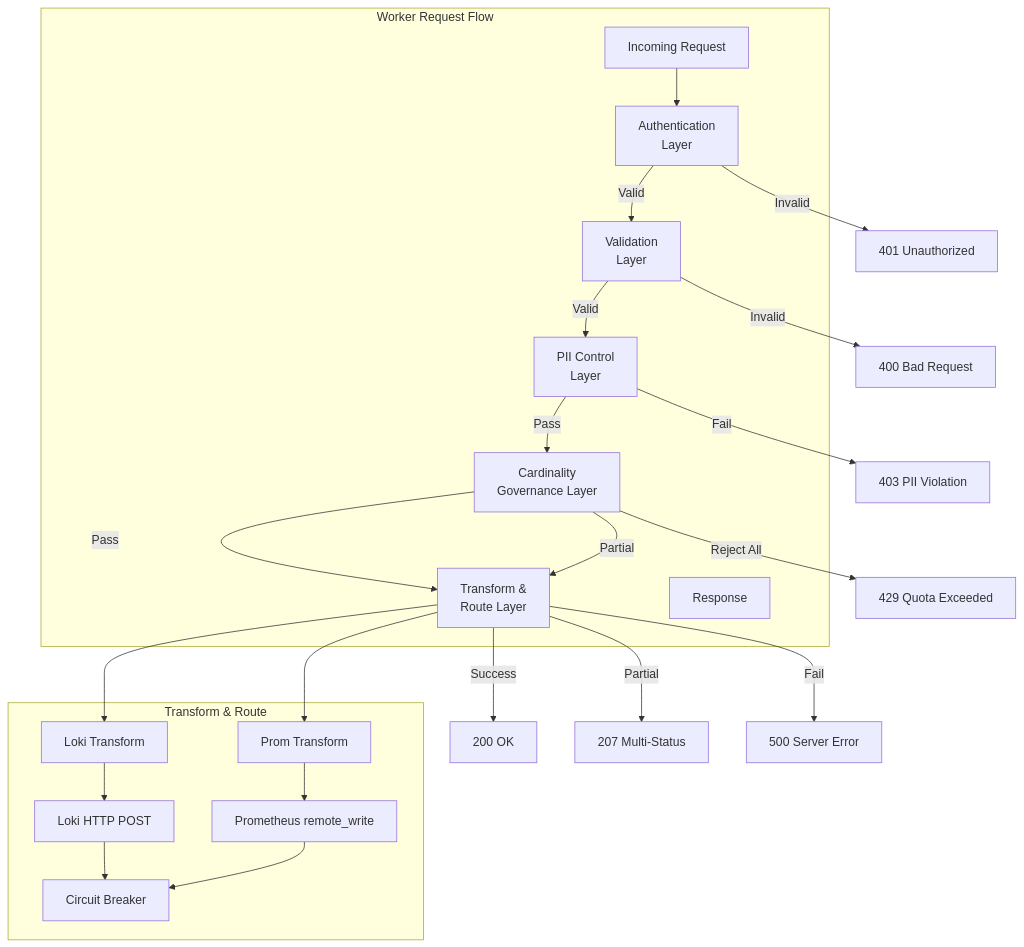
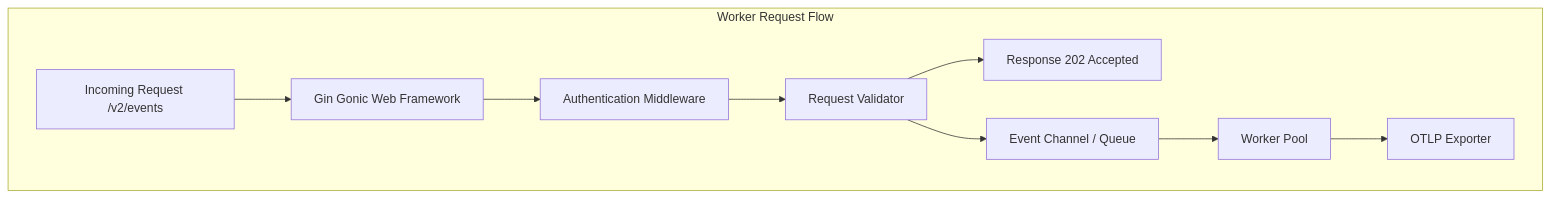
One commit to openqoe/openqoe-dev changed the fourth of 14 diagrams in docs/architecture.md. Above: the diagram before and after it, drawn with Mermaid. The commit also changed other lines of this file and 12 other files, not shown here.

````diff
--- a/docs/architecture.md
+++ b/docs/architecture.md
@@ -222,39 +219,21 @@
 ```mermaid
 graph TB
     subgraph "Worker Request Flow"
-        REQUEST[Incoming Request]
-        AUTH[Authentication<br/>Layer]
-        VALIDATE[Validation<br/>Layer]
-        PII[PII Control<br/>Layer]
-        CARDINALITY[Cardinality<br/>Governance Layer]
-        TRANSFORM[Transform &<br/>Route Layer]
-        RESPONSE[Response]
+        REQUEST[Incoming Request /v2/events]
+        GIN[Gin Gonic Web Framework]
+        AUTH[Authentication Middleware]
+        VALIDATE[Request Validator]
+        CHAN[Event Channel / Queue]
+        POOL[Worker Pool]
+        OTEL[OTLP Exporter]
+        RESPONSE[Response 202 Accepted]
     end
 
-    REQUEST --> AUTH
-    AUTH -->|Valid| VALIDATE
-    AUTH -->|Invalid| RESPONSE_401[401 Unauthorized]
-
-    VALIDATE -->|Valid| PII
-    VALIDATE -->|Invalid| RESPONSE_400[400 Bad Request]
-
-    PII -->|Pass| CARDINALITY
-    PII -->|Fail| RESPONSE_403[403 PII Violation]
-
-    CARDINALITY -->|Pass| TRANSFORM
-    CARDINALITY -->|Partial| TRANSFORM
-    CARDINALITY -->|Reject All| RESPONSE_429[429 Quota Exceeded]
-
-    TRANSFORM -->|Success| RESPONSE_200[200 OK]
-    TRANSFORM -->|Partial| RESPONSE_207[207 Multi-Status]
-    TRANSFORM -->|Fail| RESPONSE_500[500 Server Error]
-
-    subgraph "Transform & Route"
-        TRANSFORM --> LOKI_TRANSFORM[Loki Transform]
-        TRANSFORM --> PROM_TRANSFORM[Prom Transform]
-        LOKI_TRANSFORM --> LOKI[Loki HTTP POST]
-        PROM_TRANSFORM --> PROM[Prometheus remote_write]
-        LOKI --> CB[Circuit Breaker]
-        PROM --> CB
-    end
+    REQUEST --> GIN
+    GIN --> AUTH
+    AUTH --> VALIDATE
+    VALIDATE --> RESPONSE
+    VALIDATE --> CHAN
+    CHAN --> POOL
+    POOL --> OTEL
 ```
````
